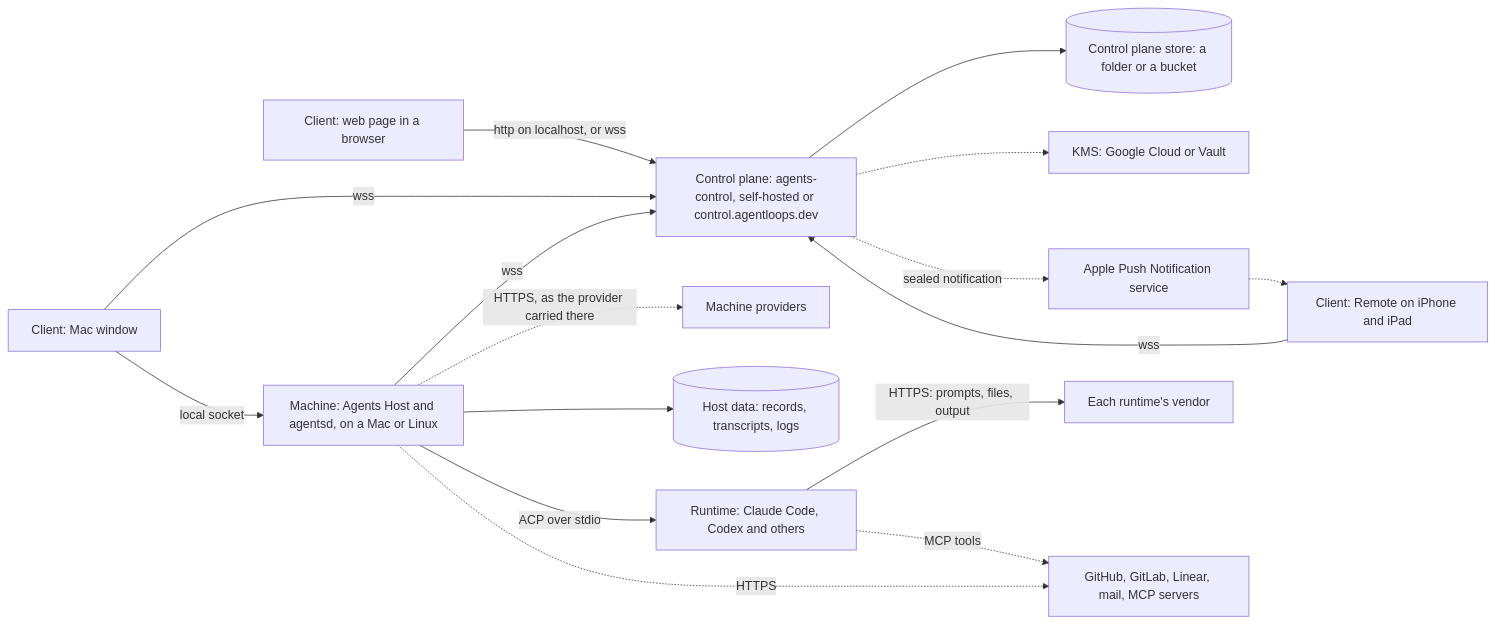
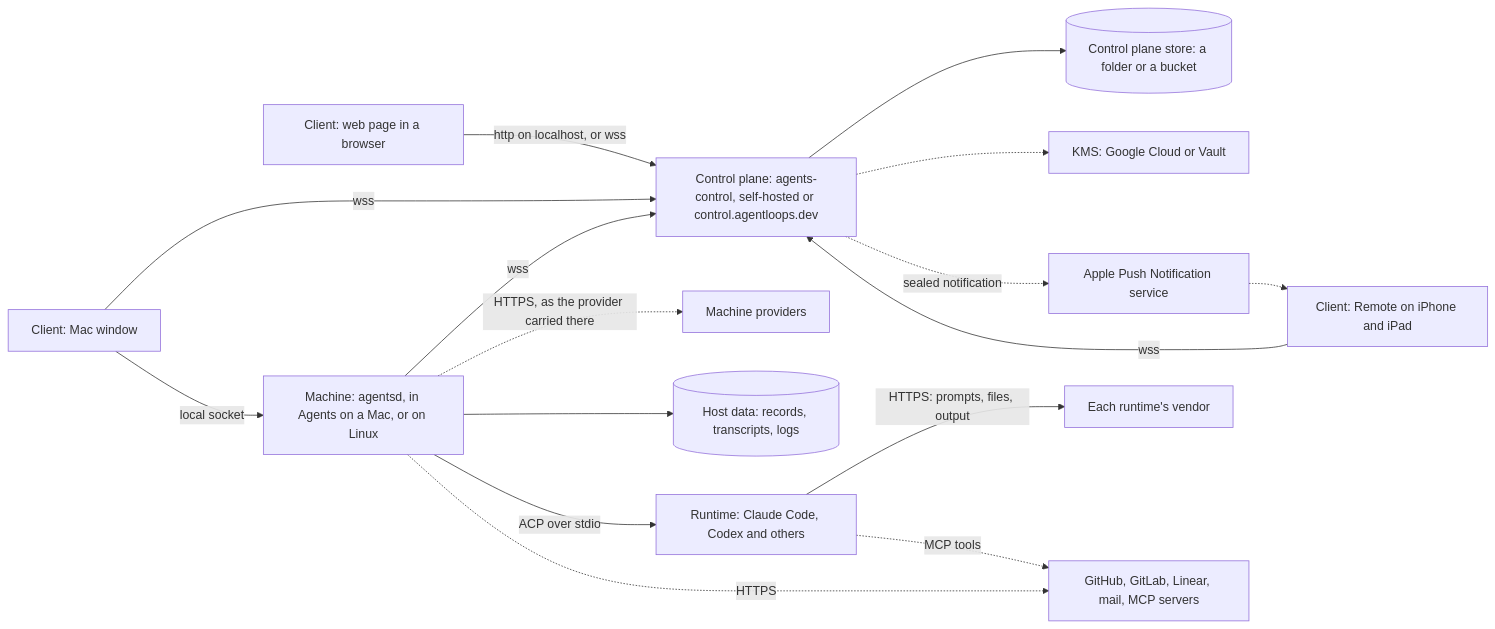
One commit to alexec/Agents changed the diagram in docs/explanation/compliance/data-flow.md. Above: the diagram before and after it, drawn with Mermaid. The commit also changed 91 other files, not shown here.

````diff
--- a/docs/explanation/compliance/data-flow.md
+++ b/docs/explanation/compliance/data-flow.md
@@ -18,32 +18,32 @@
 ```mermaid
 flowchart LR
     mac["Client: Mac window"]
     remote["Client: Remote on iPhone and iPad"]
     web["Client: web page in a browser"]
     control["Control plane: agents-control, self-hosted or control.agentloops.dev"]
     store[("Control plane store: a folder or a bucket")]
-    agentsd["Machine: Agents Host and agentsd, on a Mac or Linux"]
+    agentsd["Machine: agentsd, in Agents on a Mac, or on Linux"]
     data[("Host data: records, transcripts, logs")]
     runtime["Runtime: Claude Code, Codex and others"]
     apns["Apple Push Notification service"]
     vendor["Each runtime's vendor"]
     integrations["GitHub, GitLab, Linear, mail, MCP servers"]
     providers["Machine providers"]
     kms["KMS: Google Cloud or Vault"]
 
     mac -->|"wss"| control
     mac -->|"local socket"| agentsd
     remote -->|"wss"| control
     web -->|"http on localhost, or wss"| control
     agentsd -->|"wss"| control
     control --> store
     control -.-> kms
     agentsd -.->|"HTTPS, as the provider carried there"| providers
     control -.->|"sealed notification"| apns
     apns -.-> remote
     agentsd --> data
     agentsd -->|"ACP over stdio"| runtime
     runtime -->|"HTTPS: prompts, files, output"| vendor
     agentsd -.->|"HTTPS"| integrations
     runtime -.->|"MCP tools"| integrations
 ```
````
